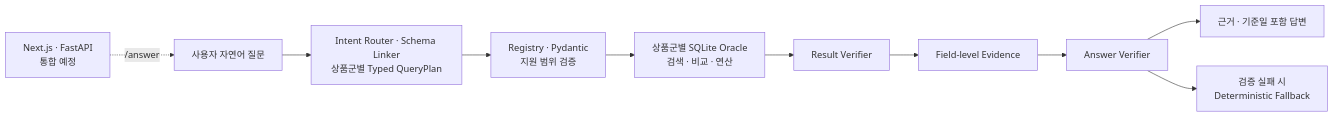
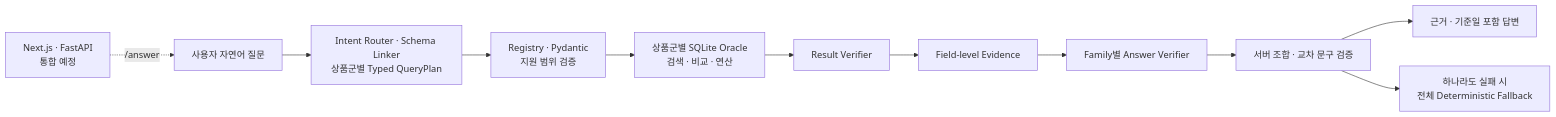
One commit to Hyunhoim/gaeng3 changed the diagram in README.md. Above: the diagram before and after it, drawn with Mermaid. The commit also changed other lines of this file and 20 other files, not shown here.

````diff
--- a/README.md
+++ b/README.md
@@ -55,12 +55,13 @@
 ```mermaid
 flowchart LR
     APP["Next.js · FastAPI<br/>통합 예정"] -. "/answer" .-> Q["사용자 자연어 질문"]
     Q --> P["Intent Router · Schema Linker<br/>상품군별 Typed QueryPlan"]
     P --> C["Registry · Pydantic<br/>지원 범위 검증"]
     C --> O["상품군별 SQLite Oracle<br/>검색 · 비교 · 연산"]
     O --> V["Result Verifier"]
     V --> E["Field-level Evidence"]
-    E --> A["Answer Verifier"]
-    A --> R["근거 · 기준일 포함 답변"]
-    A --> F["검증 실패 시<br/>Deterministic Fallback"]
+    E --> A["Family별 Answer Verifier"]
+    A --> X["서버 조합 · 교차 문구 검증"]
+    X --> R["근거 · 기준일 포함 답변"]
+    X --> F["하나라도 실패 시<br/>전체 Deterministic Fallback"]
 ```
````
